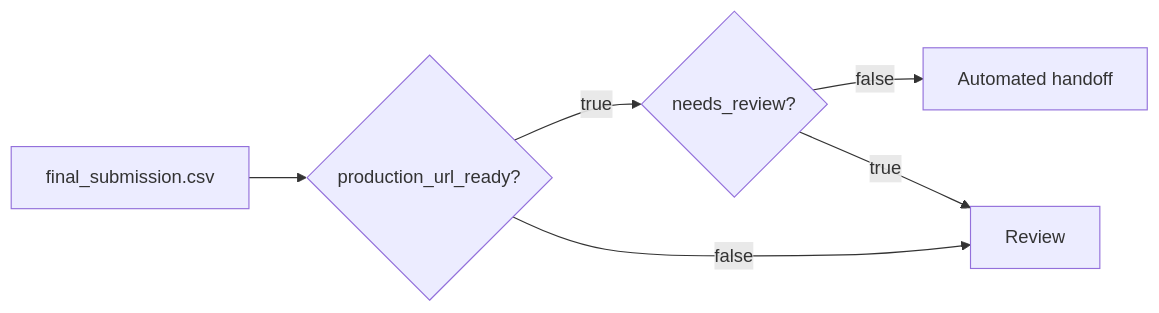
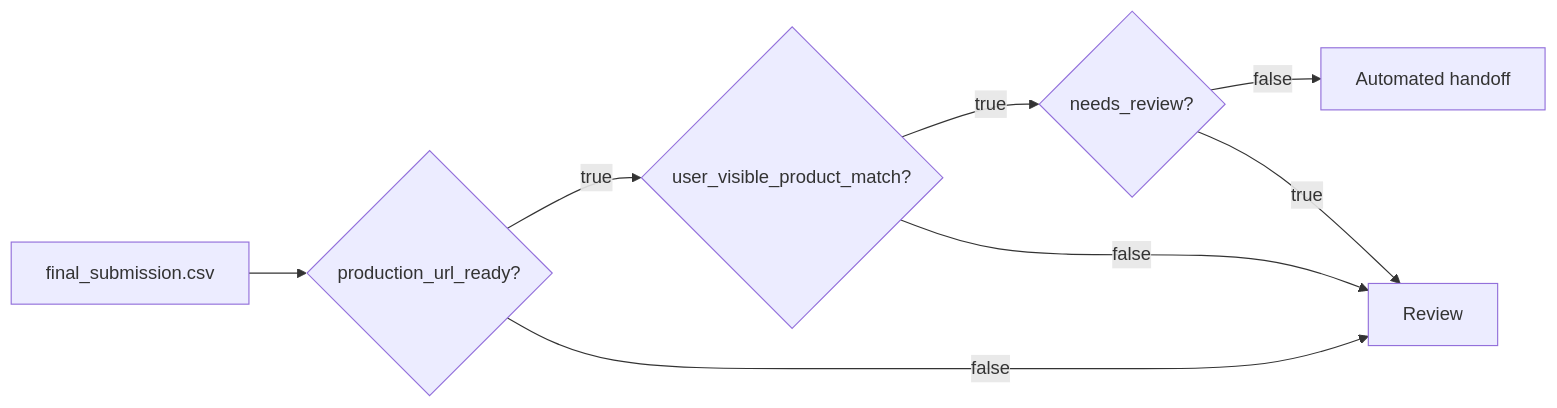
Before and after one commit to Akilankm/web_search_tool: the fourth of 5 diagrams in docs/ARTIFACT_GUIDE.md, drawn with Mermaid. The commit also changed other lines of this file, not shown here.

Commit message:
Update artifact guide for visible verdicts

````diff
--- a/docs/ARTIFACT_GUIDE.md
+++ b/docs/ARTIFACT_GUIDE.md
@@ -88,8 +107,10 @@
 ```mermaid
 flowchart LR
     A[final_submission.csv] --> B{production_url_ready?}
-    B -->|true| C{needs_review?}
-    C -->|false| D[Automated handoff]
-    C -->|true| E[Review]
-    B -->|false| E
+    B -->|true| C{user_visible_product_match?}
+    C -->|true| D{needs_review?}
+    D -->|false| E[Automated handoff]
+    B -->|false| R[Review]
+    C -->|false| R
+    D -->|true| R
 ```
````
